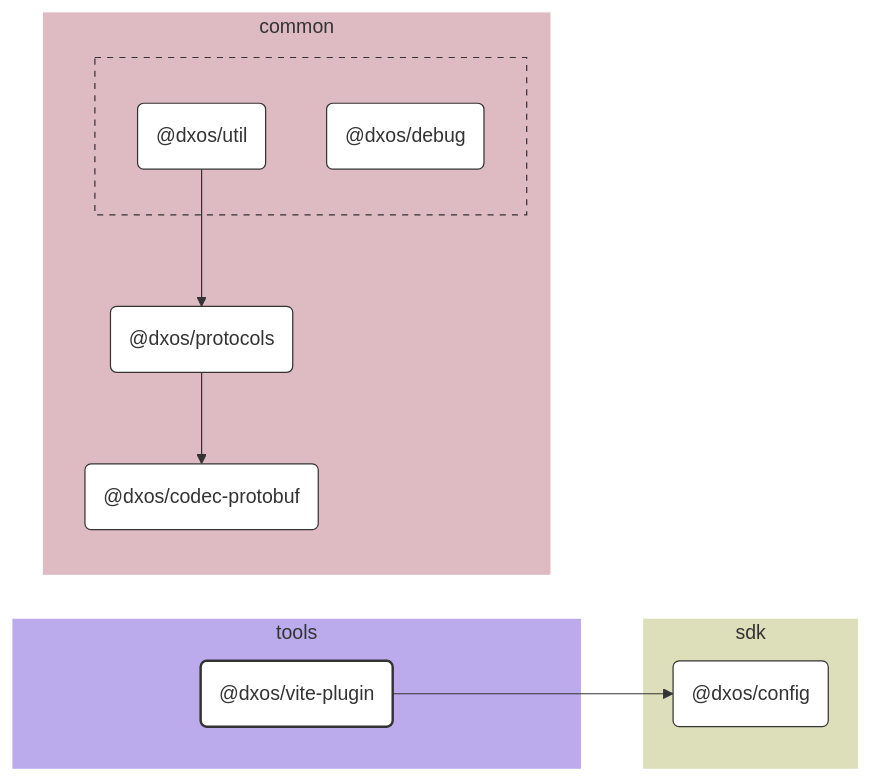
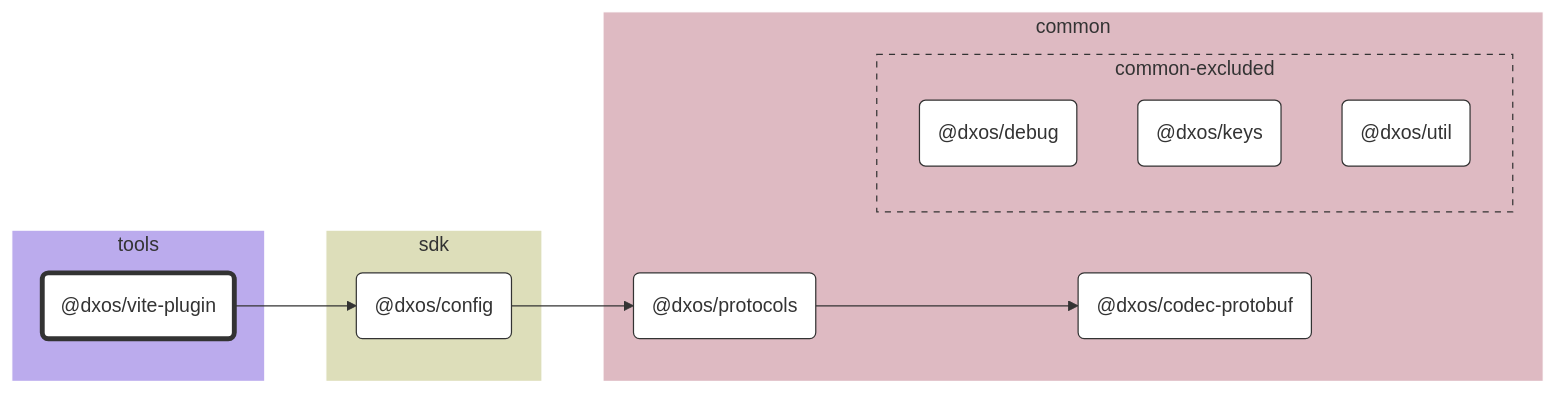
One commit to dxos/dxos changed the diagram in tools/vite-plugin/docs/README.md. Above: the diagram before and after it, drawn with Mermaid. The commit also changed other lines of this file and 683 other files, not shown here.

````diff
--- a/tools/vite-plugin/docs/README.md
+++ b/tools/vite-plugin/docs/README.md
@@ -7,58 +7,47 @@
 ```mermaid
 %%{ init: {'flowchart':{'curve':'basis'}} }%%
 
 flowchart LR
 
-%% Links
-dxos/protocols --> dxos/codec-protobuf;
-dxos/util --> dxos/protocols;
-dxos/vite-plugin --> dxos/config;
+%% Classes
+classDef def fill:#fff,stroke:#333,stroke-width:1px
+classDef root fill:#fff,stroke:#333,stroke-width:4px
 
-%% Sections
-subgraph tools
-  style tools fill:#bbabed,stroke:#fff;
+%% Nodes
 
-  dxos/vite-plugin("@dxos/vite-plugin")
+subgraph tools [tools]
+  style tools fill:#bbabed,stroke:#fff
+  dxos/vite-plugin("@dxos/vite-plugin"):::root
+  click dxos/vite-plugin "dxos/dxos/tree/main/tools/vite-plugin/docs"
 end
 
-subgraph sdk
-  style sdk fill:#dddeba,stroke:#fff;
-
-  dxos/config("@dxos/config")
+subgraph sdk [sdk]
+  style sdk fill:#dddeba,stroke:#fff
+  dxos/config("@dxos/config"):::def
+  click dxos/config "dxos/dxos/tree/main/packages/sdk/config/docs"
 end
 
-subgraph common
-  style common fill:#debac2,stroke:#fff;
+subgraph common [common]
+  style common fill:#debac2,stroke:#fff
+  dxos/codec-protobuf("@dxos/codec-protobuf"):::def
+  click dxos/codec-protobuf "dxos/dxos/tree/main/packages/common/codec-protobuf/docs"
+  dxos/protocols("@dxos/protocols"):::def
+  click dxos/protocols "dxos/dxos/tree/main/packages/common/protocols/docs"
 
-  dxos/codec-protobuf("@dxos/codec-protobuf")
-  dxos/protocols("@dxos/protocols")
-
-  subgraph common-excluded [ ]
-    style common-excluded fill:#debac2,stroke:#333,stroke-dasharray:5 5;
-
-    dxos/debug("@dxos/debug")
-    dxos/util("@dxos/util")
+  subgraph common-excluded [common-excluded]
+    style common-excluded fill:#debac2,stroke:#333,stroke-dasharray:5 5
+    dxos/debug("@dxos/debug"):::def
+    click dxos/debug "dxos/dxos/tree/main/packages/common/debug/docs"
+    dxos/keys("@dxos/keys"):::def
+    click dxos/keys "dxos/dxos/tree/main/packages/common/keys/docs"
+    dxos/util("@dxos/util"):::def
+    click dxos/util "dxos/dxos/tree/main/packages/common/util/docs"
   end
 end
 
-
-%% Hyperlinks
-click dxos/codec-protobuf "dxos/dxos/tree/main/packages/common/codec-protobuf/docs";
-click dxos/config "dxos/dxos/tree/main/packages/sdk/config/docs";
-click dxos/debug "dxos/dxos/tree/main/packages/common/debug/docs";
-click dxos/protocols "dxos/dxos/tree/main/packages/common/protocols/docs";
-click dxos/util "dxos/dxos/tree/main/packages/common/util/docs";
-
-%% Styles
-classDef rootNode fill:#fff,stroke:#333,stroke-width:2px
-classDef defaultNode fill:#fff,stroke:#333,stroke-width:1px
+%% Links
 linkStyle default stroke:#333,stroke-width:1px
-
-dxos/vite-plugin:::rootNode
-
-dxos/codec-protobuf:::defaultNode
-dxos/config:::defaultNode
-dxos/debug:::defaultNode
-dxos/protocols:::defaultNode
-dxos/util:::defaultNode
+dxos/vite-plugin --> dxos/config
+dxos/config --> dxos/protocols
+dxos/protocols --> dxos/codec-protobuf
 ```
````
